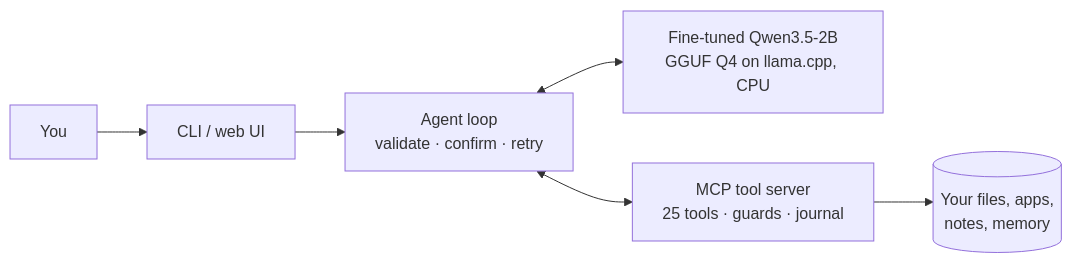
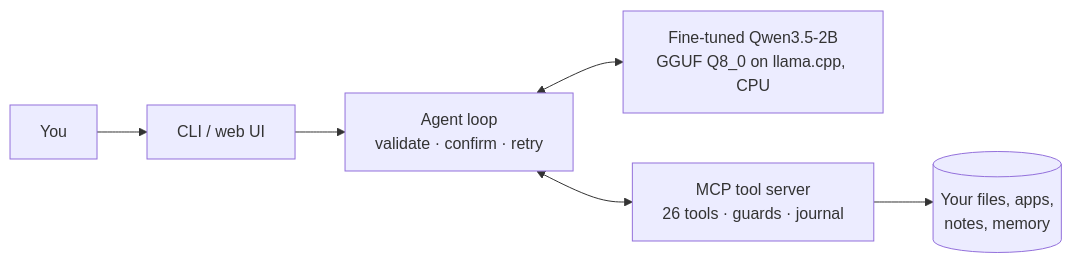
One commit to ashurudra09/alfred changed the diagram in README.md. Above: the diagram before and after it, drawn with Mermaid. The commit also changed other lines of this file and 37 other files, not shown here.

````diff
--- a/README.md
+++ b/README.md
@@ -50,8 +67,8 @@
 ```mermaid
 flowchart LR
     U[You] --> UI[CLI / web UI]
     UI --> L[Agent loop<br/>validate · confirm · retry]
-    L <--> M[Fine-tuned Qwen3.5-2B<br/>GGUF Q4 on llama.cpp, CPU]
-    L <--> S[MCP tool server<br/>25 tools · guards · journal]
+    L <--> M[Fine-tuned Qwen3.5-2B<br/>GGUF Q8_0 on llama.cpp, CPU]
+    L <--> S[MCP tool server<br/>26 tools · guards · journal]
     S --> W[(Your files, apps,<br/>notes, memory)]
 ```
````
